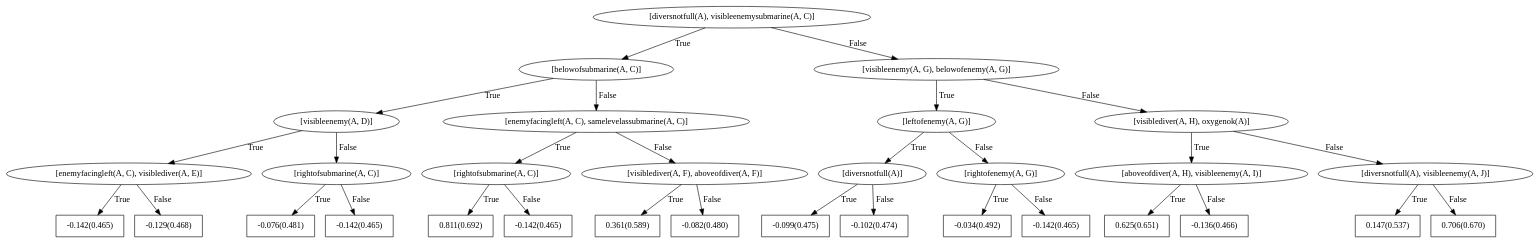
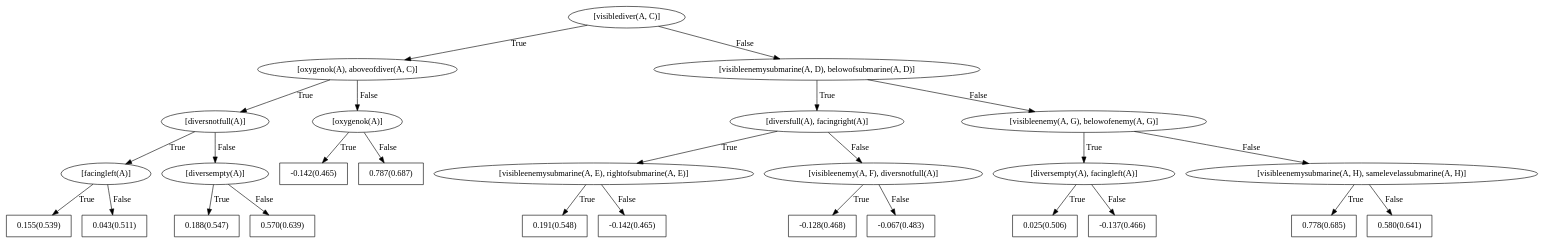
The diagram in rdn_models/seaquest/single_t/54_RZ_2461867/negpos_2_trees_1_depth_3_grounding_penalty/noop/bRDNs/dotFiles/WILLTreeFor_action0.dot (nikhileshp/NeSY-Imitation-Learning), drawn with Graphviz before and after one commit. The commit also changed 684 other files, not shown here.

```diff
--- a/rdn_models/seaquest/single_t/54_RZ_2461867/negpos_2_trees_1_depth_3_grounding_penalty/noop/bRDNs/dotFiles/WILLTreeFor_action0.dot
+++ b/rdn_models/seaquest/single_t/54_RZ_2461867/negpos_2_trees_1_depth_3_grounding_penalty/noop/bRDNs/dotFiles/WILLTreeFor_action0.dot
@@ -1,63 +1,55 @@
 digraph G{ 
-1[label = "[diversnotfull(A), visibleenemysubmarine(A, C)]"];
+1[label = "[visiblediver(A, C)]"];
 1 -> 2[label="True"];
 1 -> 3[label="False"];
-2[label = "[belowofsubmarine(A, C)]"];
+2[label = "[oxygenok(A), aboveofdiver(A, C)]"];
 2 -> 4[label="True"];
 2 -> 5[label="False"];
-4[label = "[visibleenemy(A, D)]"];
+4[label = "[diversnotfull(A)]"];
 4 -> 6[label="True"];
 4 -> 7[label="False"];
-6[label = "[enemyfacingleft(A, C), visiblediver(A, E)]"];
+6[label = "[facingleft(A)]"];
 6 -> 8[label="True"];
 6 -> 9[label="False"];
-8[shape = box,label = "-0.142(0.465)"];
-9[shape = box,label = "-0.129(0.468)"];
-7[label = "[rightofsubmarine(A, C)]"];
+8[shape = box,label = "0.155(0.539)"];
+9[shape = box,label = "0.043(0.511)"];
+7[label = "[diversempty(A)]"];
 7 -> 10[label="True"];
 7 -> 11[label="False"];
-10[shape = box,label = "-0.076(0.481)"];
-11[shape = box,label = "-0.142(0.465)"];
-5[label = "[enemyfacingleft(A, C), samelevelassubmarine(A, C)]"];
+10[shape = box,label = "0.188(0.547)"];
+11[shape = box,label = "0.570(0.639)"];
+5[label = "[oxygenok(A)]"];
 5 -> 12[label="True"];
 5 -> 13[label="False"];
-12[label = "[rightofsubmarine(A, C)]"];
-12 -> 14[label="True"];
-12 -> 15[label="False"];
-14[shape = box,label = "0.811(0.692)"];
-15[shape = box,label = "-0.142(0.465)"];
-13[label = "[visiblediver(A, F), aboveofdiver(A, F)]"];
-13 -> 16[label="True"];
-13 -> 17[label="False"];
-16[shape = box,label = "0.361(0.589)"];
-17[shape = box,label = "-0.082(0.480)"];
-3[label = "[visibleenemy(A, G), belowofenemy(A, G)]"];
-3 -> 18[label="True"];
-3 -> 19[label="False"];
-18[label = "[leftofenemy(A, G)]"];
-18 -> 20[label="True"];
-18 -> 21[label="False"];
-20[label = "[diversnotfull(A)]"];
-20 -> 22[label="True"];
-20 -> 23[label="False"];
-22[shape = box,label = "-0.099(0.475)"];
-23[shape = box,label = "-0.102(0.474)"];
-21[label = "[rightofenemy(A, G)]"];
-21 -> 24[label="True"];
-21 -> 25[label="False"];
-24[shape = box,label = "-0.034(0.492)"];
-25[shape = box,label = "-0.142(0.465)"];
-19[label = "[visiblediver(A, H), oxygenok(A)]"];
-19 -> 26[label="True"];
-19 -> 27[label="False"];
-26[label = "[aboveofdiver(A, H), visibleenemy(A, I)]"];
-26 -> 28[label="True"];
-26 -> 29[label="False"];
-28[shape = box,label = "0.625(0.651)"];
-29[shape = box,label = "-0.136(0.466)"];
-27[label = "[diversnotfull(A), visibleenemy(A, J)]"];
-27 -> 30[label="True"];
-27 -> 31[label="False"];
-30[shape = box,label = "0.147(0.537)"];
-31[shape = box,label = "0.706(0.670)"];
+12[shape = box,label = "-0.142(0.465)"];
+13[shape = box,label = "0.787(0.687)"];
+3[label = "[visibleenemysubmarine(A, D), belowofsubmarine(A, D)]"];
+3 -> 14[label="True"];
+3 -> 15[label="False"];
+14[label = "[diversfull(A), facingright(A)]"];
+14 -> 16[label="True"];
+14 -> 17[label="False"];
+16[label = "[visibleenemysubmarine(A, E), rightofsubmarine(A, E)]"];
+16 -> 18[label="True"];
+16 -> 19[label="False"];
+18[shape = box,label = "0.191(0.548)"];
+19[shape = box,label = "-0.142(0.465)"];
+17[label = "[visibleenemy(A, F), diversnotfull(A)]"];
+17 -> 20[label="True"];
+17 -> 21[label="False"];
+20[shape = box,label = "-0.128(0.468)"];
+21[shape = box,label = "-0.067(0.483)"];
+15[label = "[visibleenemy(A, G), belowofenemy(A, G)]"];
+15 -> 22[label="True"];
+15 -> 23[label="False"];
+22[label = "[diversempty(A), facingleft(A)]"];
+22 -> 24[label="True"];
+22 -> 25[label="False"];
+24[shape = box,label = "0.025(0.506)"];
+25[shape = box,label = "-0.137(0.466)"];
+23[label = "[visibleenemysubmarine(A, H), samelevelassubmarine(A, H)]"];
+23 -> 26[label="True"];
+23 -> 27[label="False"];
+26[shape = box,label = "0.778(0.685)"];
+27[shape = box,label = "0.580(0.641)"];
 }
```
